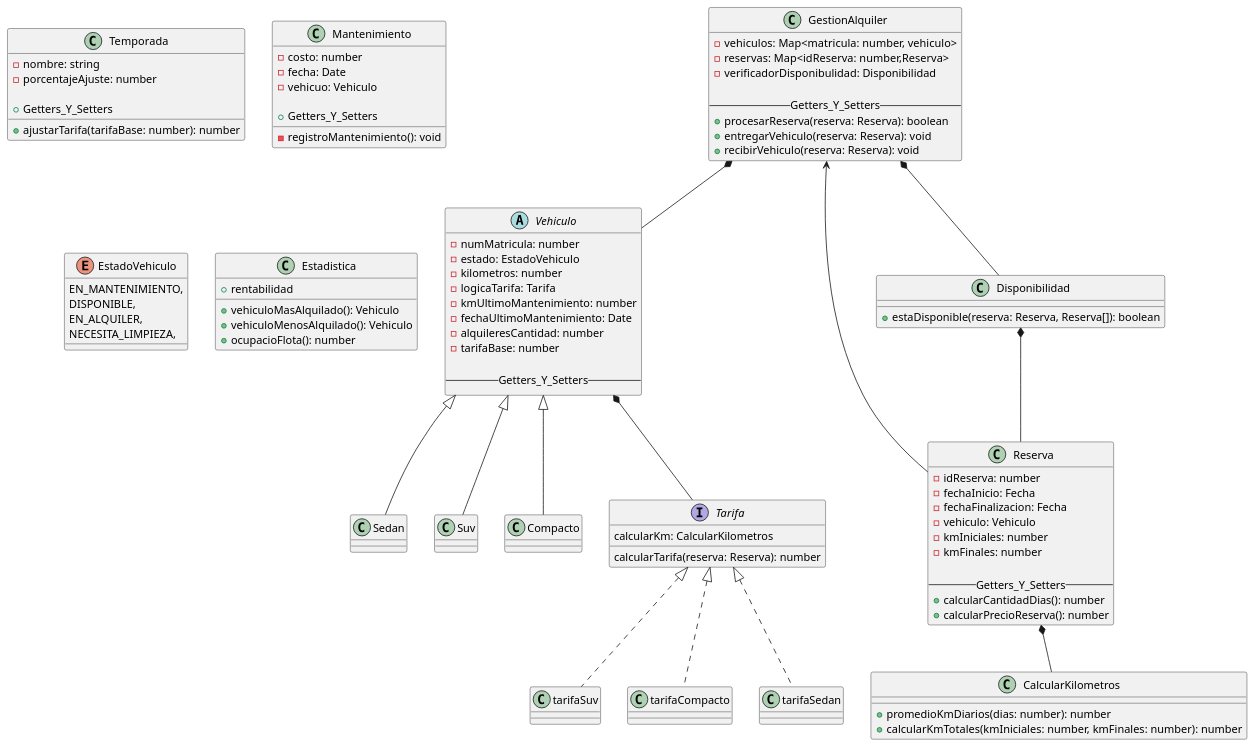
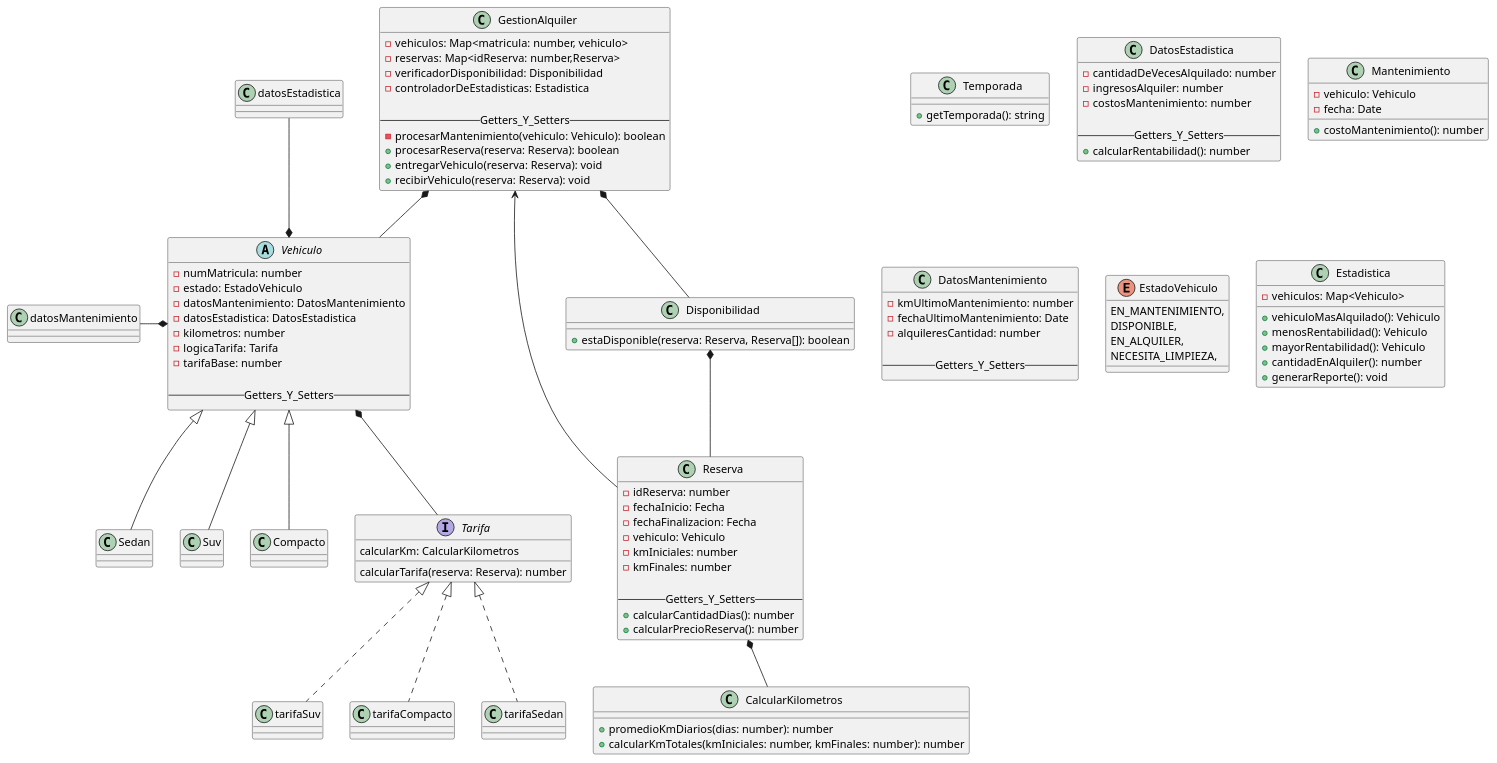
One commit to Nash-Blip/Programaci-n-II changed the diagram in diagrama/DiagramaDeClases_enu2.puml. Above: the diagram before and after it, drawn with PlantUML. The commit also changed 1 other file, not shown here.

Commit message:
Diagrama De clases

```diff
--- a/diagrama/DiagramaDeClases_enu2.puml
+++ b/diagrama/DiagramaDeClases_enu2.puml
@@ -1,107 +1,120 @@
 @startuml name prototipoTP
 
 abstract class Vehiculo{
     - numMatricula: number
     - estado: EstadoVehiculo
+    - datosMantenimiento: DatosMantenimiento
+    - datosEstadistica: DatosEstadistica
     - kilometros: number
     - logicaTarifa: Tarifa
-    - kmUltimoMantenimiento: number
-    - fechaUltimoMantenimiento: Date 
-    - alquileresCantidad: number
     - tarifaBase: number
 
     --Getters_Y_Setters--
 }
 
 class Sedan extends Vehiculo{}
 class Suv extends Vehiculo{}
 class Compacto extends Vehiculo{}
 
 class Temporada{
-    - nombre: string 
-    - porcentajeAjuste: number
+    +getTemporada(): string
+}
 
-    + Getters_Y_Setters
-    + ajustarTarifa(tarifaBase: number): number 
+class DatosEstadistica{
+    -cantidadDeVecesAlquilado: number
+    -ingresosAlquiler: number
+    -costosMantenimiento: number
+
+    --Getters_Y_Setters--
+    +calcularRentabilidad(): number
 }
-'aca con cada tarifa base por auto se sacaria el precio que da segun la temporada
+
 class Mantenimiento{
-    - costo: number
-    - fecha: Date 
-    - vehicuo: Vehiculo
+    -vehiculo: Vehiculo
+    -fecha: Date
 
-    + Getters_Y_Setters
-    - registroMantenimiento(): void
+    +costoMantenimiento(): number
+}
+
+class DatosMantenimiento{
+    -kmUltimoMantenimiento: number
+    -fechaUltimoMantenimiento: Date 
+    -alquileresCantidad: number
+
+    --Getters_Y_Setters--
 }
 
 interface Tarifa{
     calcularKm: CalcularKilometros
     calcularTarifa(reserva: Reserva): number
 }
 
 class tarifaSuv implements Tarifa{}
 
 class tarifaCompacto implements Tarifa{}
 
 class tarifaSedan implements Tarifa{}
 
 class Reserva{
     -idReserva: number
     -fechaInicio: Fecha
     -fechaFinalizacion: Fecha
     -vehiculo: Vehiculo
     -kmIniciales: number
     -kmFinales: number
 
     --Getters_Y_Setters--
     +calcularCantidadDias(): number
     +calcularPrecioReserva(): number
 }
 
 class CalcularKilometros{
     +promedioKmDiarios(dias: number): number
     +calcularKmTotales(kmIniciales: number, kmFinales: number): number
 }
 
 enum EstadoVehiculo{
     EN_MANTENIMIENTO,
     DISPONIBLE,
     EN_ALQUILER,
     NECESITA_LIMPIEZA,
 }
-'En el nuevo enunciado no dice nada de la limpieza, en sentido de que si le hace 
-'falta limpieza no se puede alquilar,
-'tendriamos que preguntar si se deja o directamente se puede alquilar aunque le falte lipieza(? 
-'o hay que tirar un error como en mantenimiento
+
 class GestionAlquiler{
     -vehiculos: Map<matricula: number, vehiculo>
     -reservas: Map<idReserva: number,Reserva>
-    -verificadorDisponibulidad: Disponibilidad
+    -verificadorDisponibilidad: Disponibilidad
+    -controladorDeEstadisticas: Estadistica
 
     --Getters_Y_Setters--
+    -procesarMantenimiento(vehiculo: Vehiculo): boolean
     +procesarReserva(reserva: Reserva): boolean
     +entregarVehiculo(reserva: Reserva): void
     +recibirVehiculo(reserva: Reserva): void
 }
 
 class Disponibilidad{
     +estaDisponible(reserva: Reserva, Reserva[]): boolean
 }
 
 class Estadistica{
+    -vehiculos: Map<Vehiculo>
     + vehiculoMasAlquilado(): Vehiculo
-    + vehiculoMenosAlquilado(): Vehiculo
-    + rentabilidad
-    + ocupacioFlota(): number
+    + menosRentabilidad(): Vehiculo
+    + mayorRentabilidad(): Vehiculo
+    + cantidadEnAlquiler(): number
+    + generarReporte(): void
 }
 
 
 ' Relaciones
 Vehiculo *-- Tarifa
 GestionAlquiler *-- Vehiculo
 Disponibilidad *-- Reserva
 Reserva *-- CalcularKilometros
 GestionAlquiler *-- Disponibilidad
 GestionAlquiler <-- Reserva
+Vehiculo *-u- datosEstadistica
+Vehiculo *-l- datosMantenimiento
 
 @enduml
```
